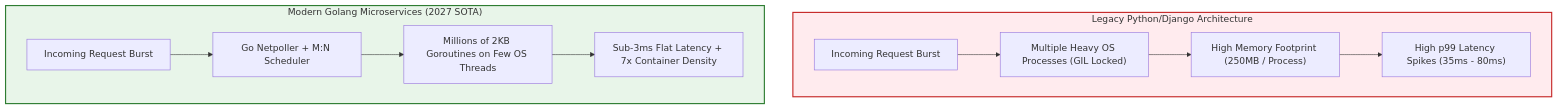
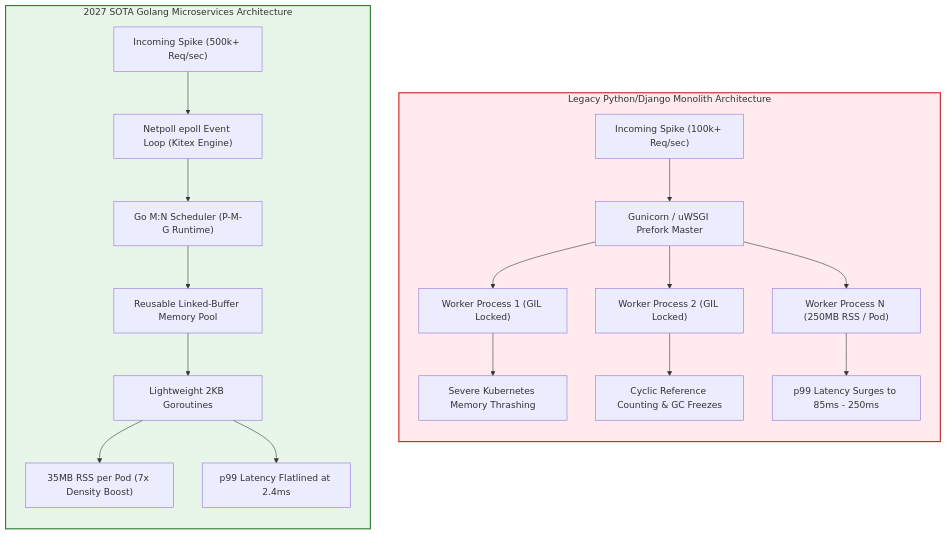
One commit to vesviet/vesviet changed the first of 3 diagrams in content/series/shopee-architecture/01-microservices-foundation.md. Above: the diagram before and after it, drawn with Mermaid. The commit also changed other lines of this file and 36 other files, not shown here.

Commit message:
feat(sprint-2): upgrade paypay and shopee architecture series to 2027 SOTA masterclass

````diff
--- a/content/series/shopee-architecture/01-microservices-foundation.md
+++ b/content/series/shopee-architecture/01-microservices-foundation.md
@@ -43,19 +41,28 @@
 ```mermaid
 flowchart TD
-    subgraph PythonLegacy ["Legacy Python/Django Architecture"]
-        P1["Incoming Request Burst"] --> P2["Multiple Heavy OS Processes (GIL Locked)"]
-        P2 --> P3["High Memory Footprint (250MB / Process)"]
-        P3 --> P4["High p99 Latency Spikes (35ms - 80ms)"]
+    subgraph PythonLegacy ["Legacy Python/Django Monolith Architecture"]
+        direction TB
+        P_In["Incoming Spike (100k+ Req/sec)"] --> P_Fork["Gunicorn / uWSGI Prefork Master"]
+        P_Fork --> P_Worker1["Worker Process 1 (GIL Locked)"]
+        P_Fork --> P_Worker2["Worker Process 2 (GIL Locked)"]
+        P_Fork --> P_WorkerN["Worker Process N (250MB RSS / Pod)"]
+        P_Worker1 --> P_Mem["Severe Kubernetes Memory Thrashing"]
+        P_Worker2 --> P_GC["Cyclic Reference Counting & GC Freezes"]
+        P_WorkerN --> P_Lat["p99 Latency Surges to 85ms - 250ms"]
     end
 
-    subgraph GolangSOTA ["Modern Golang Microservices (2027 SOTA)"]
-        G1["Incoming Request Burst"] --> G2["Go Netpoller + M:N Scheduler"]
-        G2 --> G3["Millions of 2KB Goroutines on Few OS Threads"]
-        G3 --> G4["Sub-3ms Flat Latency + 7x Container Density"]
+    subgraph GolangSOTA ["2027 SOTA Golang Microservices Architecture"]
+        direction TB
+        G_In["Incoming Spike (500k+ Req/sec)"] --> G_Epoll["Netpoll epoll Event Loop (Kitex Engine)"]
+        G_Epoll --> G_MtoN["Go M:N Scheduler (P-M-G Runtime)"]
+        G_MtoN --> G_Pool["Reusable Linked-Buffer Memory Pool"]
+        G_Pool --> G_Goroutines["Lightweight 2KB Goroutines"]
+        G_Goroutines --> G_LowMem["35MB RSS per Pod (7x Density Boost)"]
+        G_Goroutines --> G_LowLat["p99 Latency Flatlined at 2.4ms"]
     end
 
     classDef legacy fill:#ffebee,stroke:#c62828,stroke-width:2px;
     classDef modern fill:#e8f5e9,stroke:#2e7d32,stroke-width:2px;
     class PythonLegacy legacy;
     class GolangSOTA modern;
 ```
````
